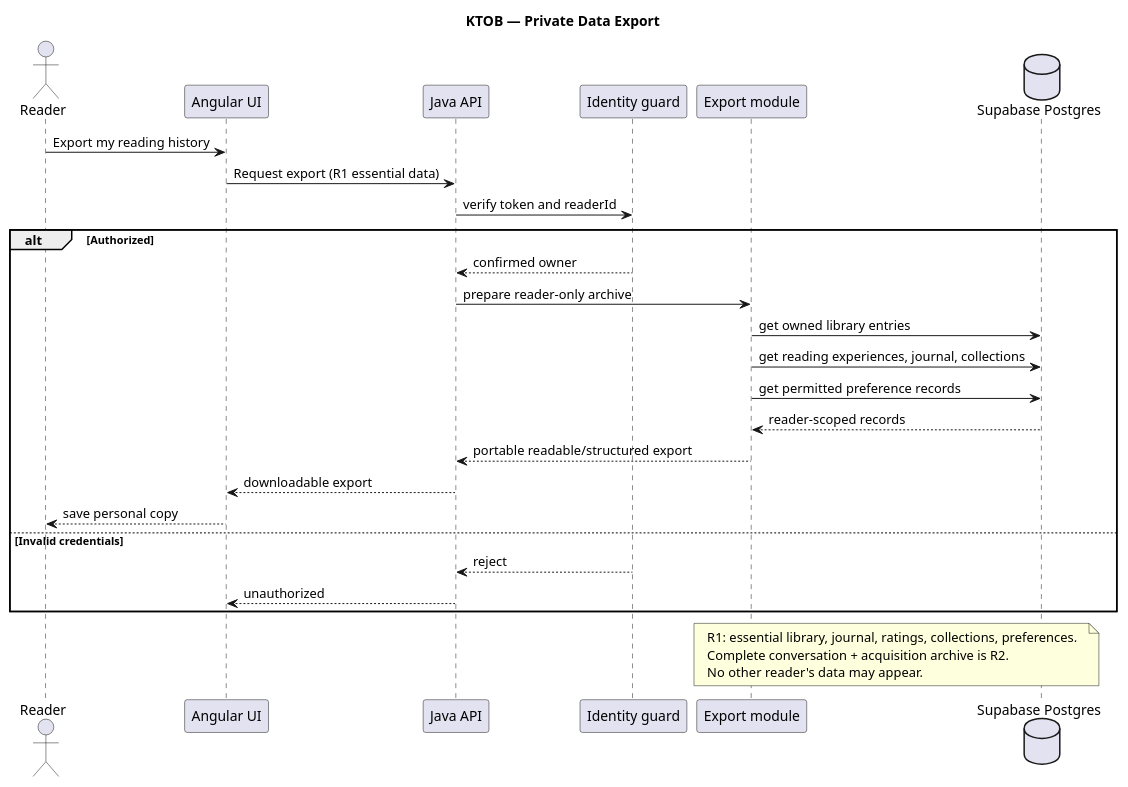
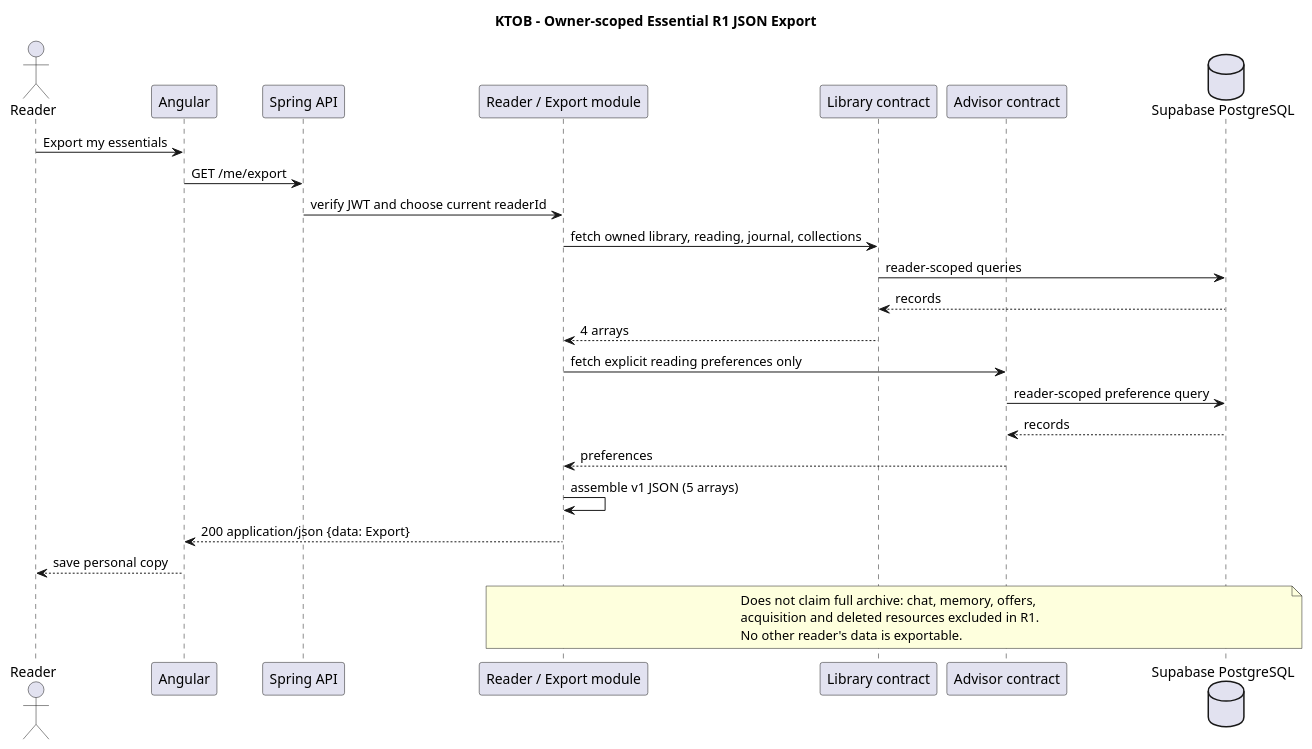
Before and after one commit to Adam-BArbia/ktob-literary-companion: the diagram in docs/uml/12-sequence-export.puml, drawn with PlantUML. The commit also changed 15 other files, not shown here.

Commit message:
docs(uml): reconcile consent, reading, ownership, offers and export across 16 diagrams

```diff
--- a/docs/uml/12-sequence-export.puml
+++ b/docs/uml/12-sequence-export.puml
@@ -1,31 +1,29 @@
 @startuml KTOB_12_sequence_export
-title KTOB — Private Data Export
+title KTOB - Owner-scoped Essential R1 JSON Export
 actor Reader
-participant "Angular UI" as UI
-participant "Java API" as API
-participant "Identity guard" as Guard
-participant "Export module" as Export
-database "Supabase Postgres" as DB
-Reader -> UI : Export my reading history
-UI -> API : Request export (R1 essential data)
-API -> Guard : verify token and readerId
-alt Authorized
- Guard --> API : confirmed owner
- API -> Export : prepare reader-only archive
- Export -> DB : get owned library entries
- Export -> DB : get reading experiences, journal, collections
- Export -> DB : get permitted preference records
- DB --> Export : reader-scoped records
- Export --> API : portable readable/structured export
- API --> UI : downloadable export
- UI --> Reader : save personal copy
-else Invalid credentials
- Guard --> API : reject
- API --> UI : unauthorized
-end
+participant "Angular" as UI
+participant "Spring API" as API
+participant "Reader / Export module" as Export
+participant "Library contract" as Library
+participant "Advisor contract" as Advisor
+database "Supabase PostgreSQL" as DB
+Reader -> UI : Export my essentials
+UI -> API : GET /me/export
+API -> Export : verify JWT and choose current readerId
+Export -> Library : fetch owned library, reading, journal, collections
+Library -> DB : reader-scoped queries
+DB --> Library : records
+Library --> Export : 4 arrays
+Export -> Advisor : fetch explicit reading preferences only
+Advisor -> DB : reader-scoped preference query
+DB --> Advisor : records
+Advisor --> Export : preferences
+Export -> Export : assemble v1 JSON (5 arrays)
+Export --> UI : 200 application/json {data: Export}
+UI --> Reader : save personal copy
 note over Export,DB
-R1: essential library, journal, ratings, collections, preferences.
-Complete conversation + acquisition archive is R2.
-No other reader's data may appear.
+Does not claim full archive: chat, memory, offers,
+acquisition and deleted resources excluded in R1.
+No other reader's data is exportable.
 end note
 @enduml
```
